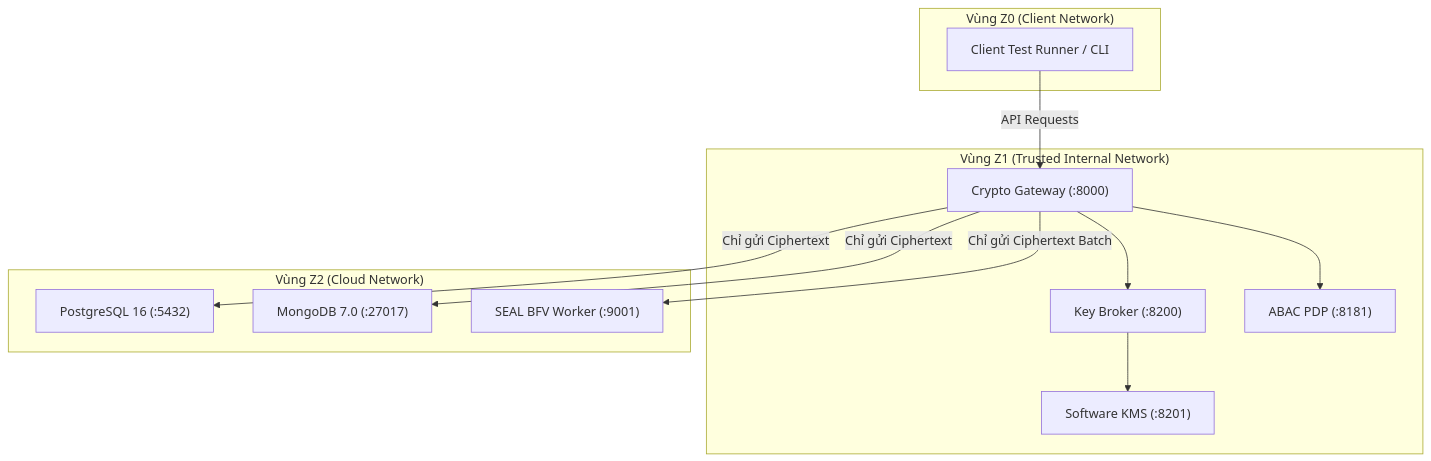
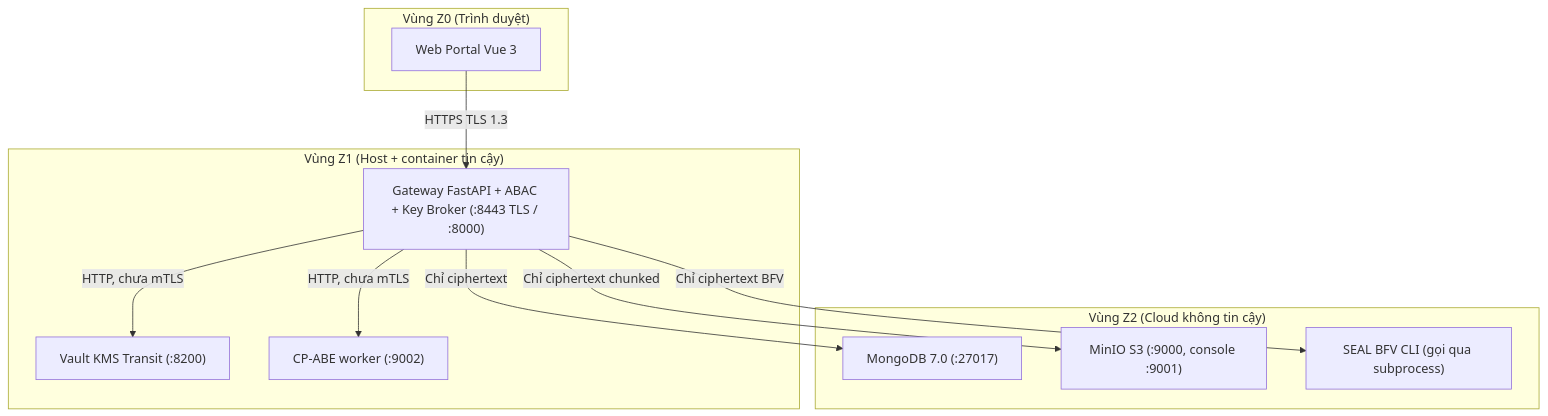
One commit to daovohuuhiep2003/NT2205.22.CH-MedShare-Lab-Topic-18 changed the diagram in docs/development/environment-setup.md. Above: the diagram before and after it, drawn with Mermaid. The commit also changed other lines of this file and 28 other files, not shown here.

````diff
--- a/docs/development/environment-setup.md
+++ b/docs/development/environment-setup.md
@@ -178,27 +177,25 @@
 ```mermaid
 flowchart TD
-    subgraph Z0["Vùng Z0 (Client Network)"]
-        Client["Client Test Runner / CLI"]
+    subgraph Z0["Vùng Z0 (Trình duyệt)"]
+        Client["Web Portal Vue 3"]
     end
 
-    subgraph Z1["Vùng Z1 (Trusted Internal Network)"]
-        GW["Crypto Gateway (:8000)"]
-        Broker["Key Broker (:8200)"]
-        OPA["ABAC PDP (:8181)"]
-        Vault["Software KMS (:8201)"]
+    subgraph Z1["Vùng Z1 (Host + container tin cậy)"]
+        GW["Gateway FastAPI + ABAC + Key Broker (:8443 TLS / :8000)"]
+        Vault["Vault KMS Transit (:8200)"]
+        ABE["CP-ABE worker (:9002)"]
     end
 
-    subgraph Z2["Vùng Z2 (Cloud Network)"]
-        PG["PostgreSQL 16 (:5432)"]
+    subgraph Z2["Vùng Z2 (Cloud không tin cậy)"]
         Mongo["MongoDB 7.0 (:27017)"]
-        SEAL["SEAL BFV Worker (:9001)"]
+        MinIO["MinIO S3 (:9000, console :9001)"]
+        SEAL["SEAL BFV CLI (gọi qua subprocess)"]
     end
 
-    Client -->|API Requests| GW
-    GW --> Broker
-    GW --> OPA
-    Broker --> Vault
-    GW -->|Chỉ gửi Ciphertext| PG
-    GW -->|Chỉ gửi Ciphertext| Mongo
-    GW -->|Chỉ gửi Ciphertext Batch| SEAL
+    Client -->|HTTPS TLS 1.3| GW
+    GW -->|HTTP, chưa mTLS| Vault
+    GW -->|HTTP, chưa mTLS| ABE
+    GW -->|Chỉ ciphertext| Mongo
+    GW -->|Chỉ ciphertext chunked| MinIO
+    GW -->|Chỉ ciphertext BFV| SEAL
 ```
````
